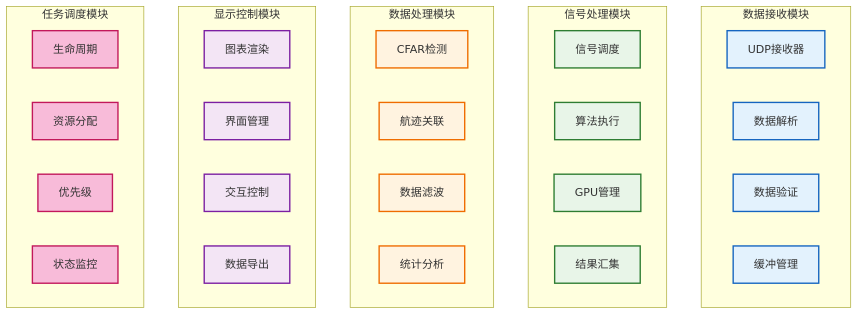
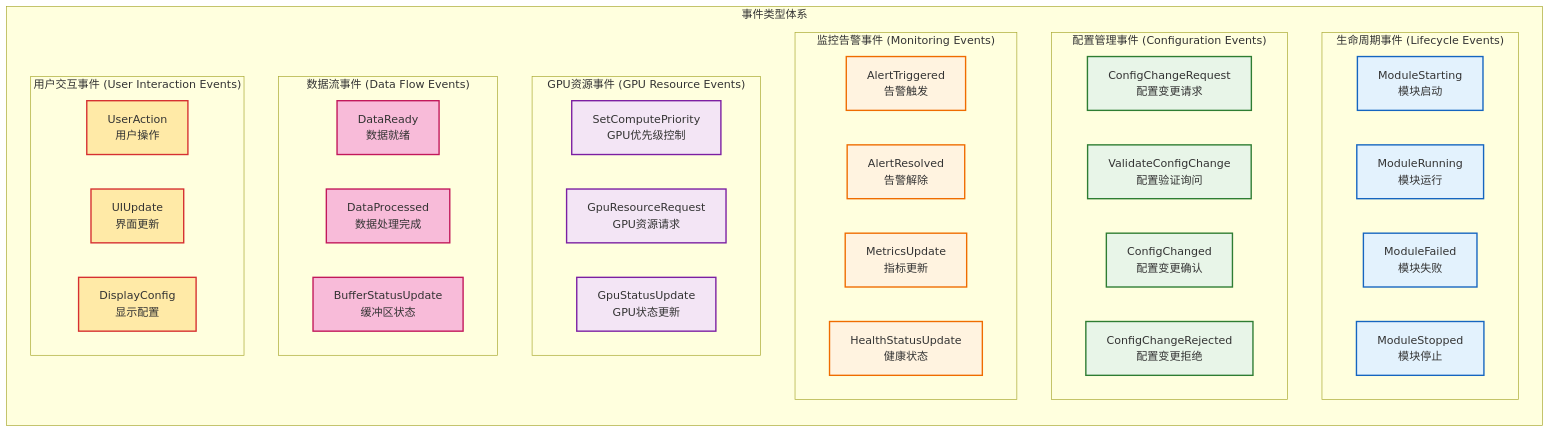
One commit to wendizhou99-cell/Radar changed the fifth of 26 diagrams in docs/01_项目设计/01_项目设计/03_系统架构总览.md. Above: the diagram before and after it, drawn with Mermaid. The commit also changed other lines of this file and 27 other files, not shown here.

````diff
--- a/docs/01_项目设计/01_项目设计/03_系统架构总览.md
+++ b/docs/01_项目设计/01_项目设计/03_系统架构总览.md
@@ -169,43 +393,59 @@
 ```mermaid
-flowchart TB
-    subgraph 数据接收模块
-        DR_UDP[UDP接收器]
-        DR_PARSER[数据解析]
-        DR_VALIDATOR[数据验证]
-        DR_BUFFER[缓冲管理]
+graph TB
+    subgraph "事件类型体系"
+        direction TB
+
+        subgraph "生命周期事件 (Lifecycle Events)"
+            LC_START[ModuleStarting<br/>模块启动]
+            LC_RUNNING[ModuleRunning<br/>模块运行]
+            LC_FAILED[ModuleFailed<br/>模块失败]
+            LC_STOPPED[ModuleStopped<br/>模块停止]
+        end
+
+        subgraph "配置管理事件 (Configuration Events)"
+            CFG_CHANGE_REQ[ConfigChangeRequest<br/>配置变更请求]
+            CFG_VALIDATE[ValidateConfigChange<br/>配置验证询问]
+            CFG_CHANGED[ConfigChanged<br/>配置变更确认]
+            CFG_REJECTED[ConfigChangeRejected<br/>配置变更拒绝]
+        end
+
+        subgraph "监控告警事件 (Monitoring Events)"
+            ALERT_TRIGGER[AlertTriggered<br/>告警触发]
+            ALERT_RESOLVED[AlertResolved<br/>告警解除]
+            METRICS_UPDATE[MetricsUpdate<br/>指标更新]
+            HEALTH_STATUS[HealthStatusUpdate<br/>健康状态]
+        end
+
+        subgraph "GPU资源事件 (GPU Resource Events)"
+            GPU_PRIORITY[SetComputePriority<br/>GPU优先级控制]
+            GPU_RESOURCE[GpuResourceRequest<br/>GPU资源请求]
+            GPU_STATUS[GpuStatusUpdate<br/>GPU状态更新]
+        end
+
+        subgraph "数据流事件 (Data Flow Events)"
+            DATA_READY[DataReady<br/>数据就绪]
+            DATA_PROCESSED[DataProcessed<br/>数据处理完成]
+            BUFFER_STATUS[BufferStatusUpdate<br/>缓冲区状态]
+        end
+
+        subgraph "用户交互事件 (User Interaction Events)"
+            USER_ACTION[UserAction<br/>用户操作]
+            UI_UPDATE[UIUpdate<br/>界面更新]
+            DISPLAY_CONFIG[DisplayConfig<br/>显示配置]
+        end
     end
-    subgraph 信号处理模块
-        SP_SCHEDULER[信号调度]
-        SP_ALGORITHM[算法执行]
-        SP_GPU_MGR[GPU管理]
-        SP_RESULT[结果汇集]
-    end
-    subgraph 数据处理模块
-        DP_CFAR[CFAR检测]
-        DP_TRACKER[航迹关联]
-        DP_FILTER[数据滤波]
-        DP_ANALYZER[统计分析]
-    end
-    subgraph 显示控制模块
-        DC_RENDERER[图表渲染]
-        DC_UI_MGR[界面管理]
-        DC_INTERACTION[交互控制]
-        DC_EXPORTER[数据导出]
-    end
-    subgraph 任务调度模块
-        TS_LIFECYCLE[生命周期]
-        TS_RESOURCE[资源分配]
-        TS_PRIORITY[优先级]
-        TS_MONITOR[状态监控]
-    end
-    classDef receiver fill:#e3f2fd,stroke:#1565c0,stroke-width:2px
-    classDef signal fill:#e8f5e8,stroke:#2e7d32,stroke-width:2px
-    classDef data fill:#fff3e0,stroke:#ef6c00,stroke-width:2px
-    classDef display fill:#f3e5f5,stroke:#7b1fa2,stroke-width:2px
-    classDef scheduler fill:#f8bbd9,stroke:#c2185b,stroke-width:2px
-    class DR_UDP,DR_PARSER,DR_VALIDATOR,DR_BUFFER receiver
-    class SP_SCHEDULER,SP_ALGORITHM,SP_GPU_MGR,SP_RESULT signal
-    class DP_CFAR,DP_TRACKER,DP_FILTER,DP_ANALYZER data
-    class DC_RENDERER,DC_UI_MGR,DC_INTERACTION,DC_EXPORTER display
-    class TS_LIFECYCLE,TS_RESOURCE,TS_PRIORITY,TS_MONITOR scheduler
+
+    classDef lifecycle fill:#e3f2fd,stroke:#1565c0,stroke-width:2px
+    classDef config fill:#e8f5e8,stroke:#2e7d32,stroke-width:2px
+    classDef monitoring fill:#fff3e0,stroke:#ef6c00,stroke-width:2px
+    classDef gpu fill:#f3e5f5,stroke:#7b1fa2,stroke-width:2px
+    classDef data fill:#f8bbd9,stroke:#c2185b,stroke-width:2px
+    classDef user fill:#ffeaa7,stroke:#d63031,stroke-width:2px
+
+    class LC_START,LC_RUNNING,LC_FAILED,LC_STOPPED lifecycle
+    class CFG_CHANGE_REQ,CFG_VALIDATE,CFG_CHANGED,CFG_REJECTED config
+    class ALERT_TRIGGER,ALERT_RESOLVED,METRICS_UPDATE,HEALTH_STATUS monitoring
+    class GPU_PRIORITY,GPU_RESOURCE,GPU_STATUS gpu
+    class DATA_READY,DATA_PROCESSED,BUFFER_STATUS data
+    class USER_ACTION,UI_UPDATE,DISPLAY_CONFIG user
 ```
````
